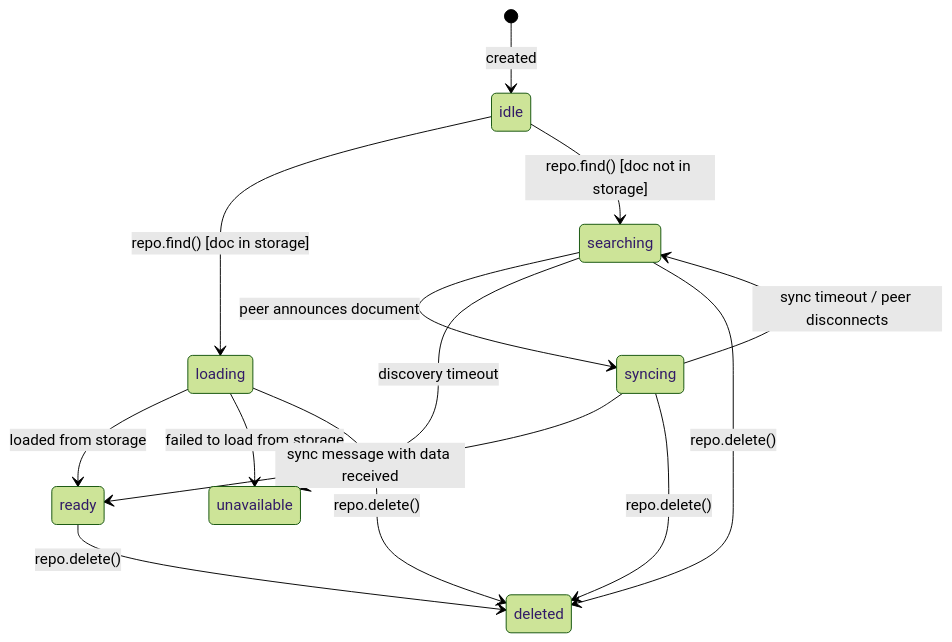
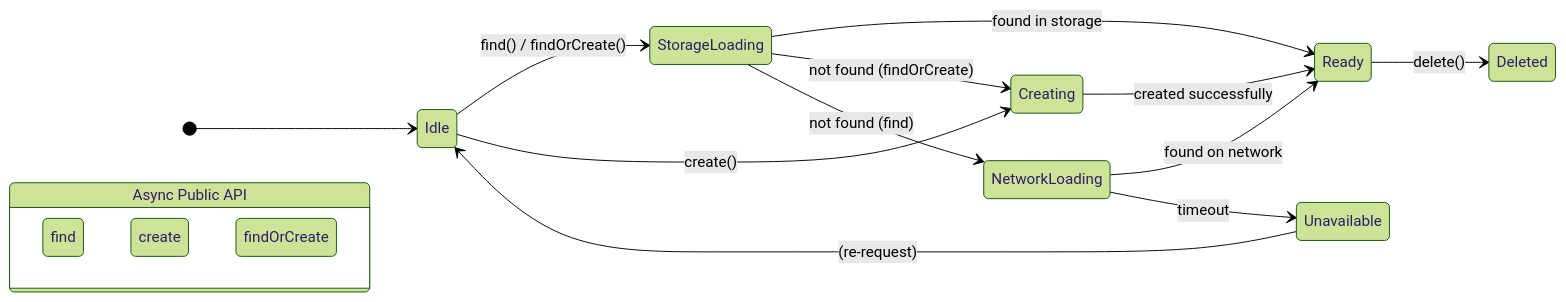
Before and after one commit to SchoolAI/loro-extended: the diagram in packages/repo/src/doc-handle.md, drawn with Mermaid (forest theme). The commit also changed other lines of this file and 30 other files, not shown here.

````diff
--- a/packages/repo/src/doc-handle.md
+++ b/packages/repo/src/doc-handle.md
@@ -20,20 +31,27 @@
 ```mermaid
 stateDiagram-v2
-    [*] --> idle: created
+    direction LR
+    
+    [*] --> Idle
 
-    idle --> loading: repo.find() [doc in storage]
-    loading --> ready: loaded from storage
-    loading --> unavailable: failed to load from storage
+    Idle --> StorageLoading: find() / findOrCreate()
+    Idle --> Creating: create()
     
-    idle --> searching: repo.find() [doc not in storage]
-    searching --> syncing: peer announces document
-    searching --> unavailable: discovery timeout
+    StorageLoading --> Ready: found in storage
+    StorageLoading --> Creating: not found (findOrCreate)
+    StorageLoading --> NetworkLoading: not found (find)
     
-    syncing --> ready: sync message with data received
-    syncing --> searching: sync timeout / peer disconnects
+    NetworkLoading --> Ready: found on network
+    NetworkLoading --> Unavailable: timeout
     
-    ready --> deleted: repo.delete()
-    searching --> deleted: repo.delete()
-    syncing --> deleted: repo.delete()
-    loading --> deleted: repo.delete()
+    Creating --> Ready: created successfully
+    
+    Ready --> Deleted: delete()
+    Unavailable --> Idle: (re-request)
+
+    state "Async Public API" as api {
+      find
+      create
+      findOrCreate
+    }
 ```
````
